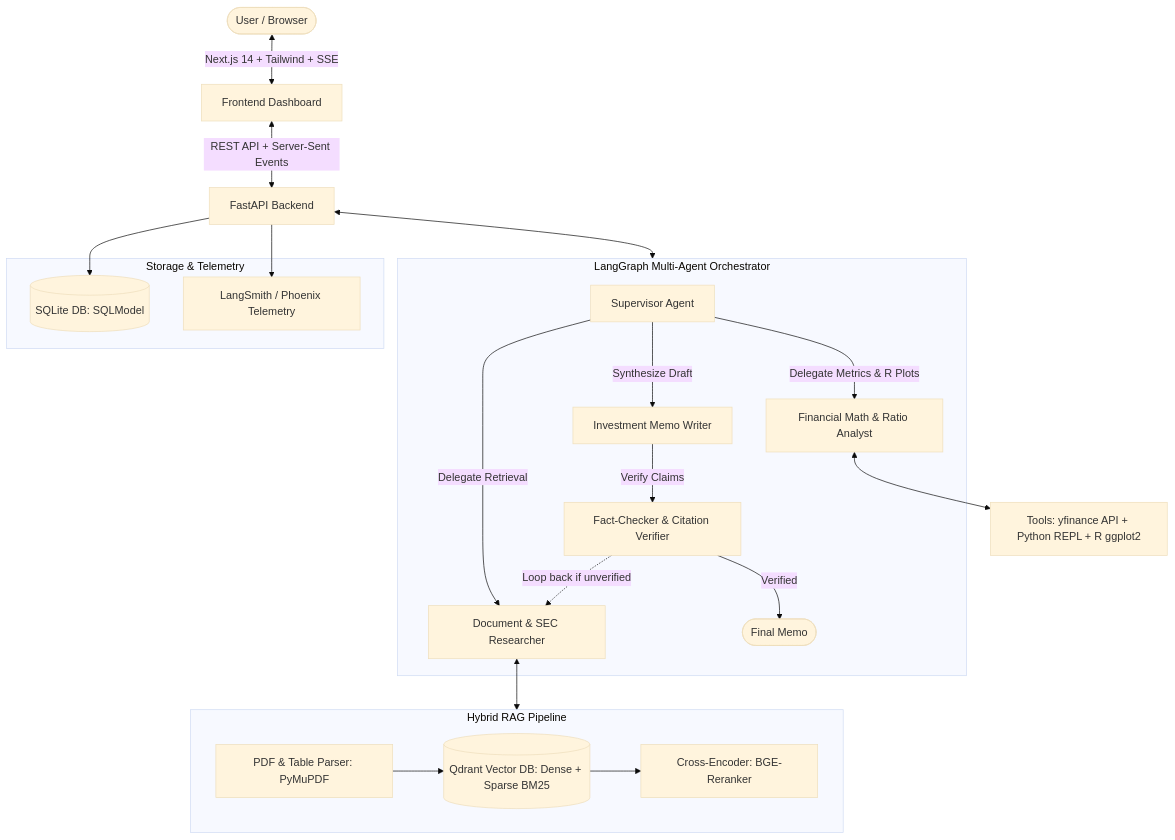
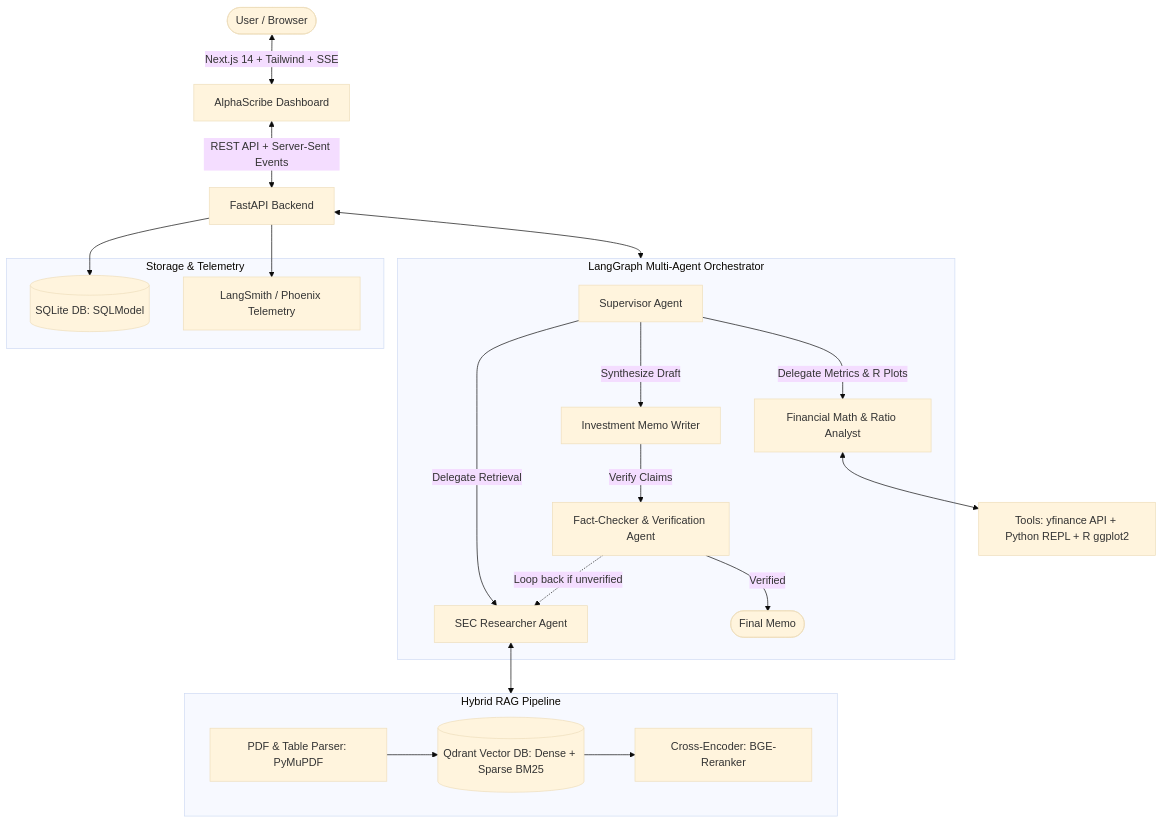
Before and after one commit to amilinenisrinath-lab/AlphaScribe-AI: the diagram in README.md, drawn with Mermaid (base theme). The commit also changed other lines of this file and 9 other files, not shown here.

Commit message:
Rebrand project to AlphaScribe AI across documentation, backend configs, and frontend

````diff
--- a/README.md
+++ b/README.md
@@ -16,40 +16,40 @@
 ```mermaid
 flowchart TD
-    User([User / Browser]) <-->|Next.js 14 + Tailwind + SSE| UI[Frontend Dashboard]
+    User([User / Browser]) <-->|Next.js 14 + Tailwind + SSE| UI[AlphaScribe Dashboard]
     UI <-->|REST API + Server-Sent Events| Backend[FastAPI Backend]
     
     subgraph MultiAgentEngine [LangGraph Multi-Agent Orchestrator]
         Supervisor[Supervisor Agent]
-        Researcher[Document & SEC Researcher]
+        Researcher[SEC Researcher Agent]
         Analyst[Financial Math & Ratio Analyst]
-        FactChecker[Fact-Checker & Citation Verifier]
+        FactChecker[Fact-Checker & Verification Agent]
         Writer[Investment Memo Writer]
         
         Supervisor -->|Delegate Retrieval| Researcher
         Supervisor -->|Delegate Metrics & R Plots| Analyst
         Supervisor -->|Synthesize Draft| Writer
         Writer -->|Verify Claims| FactChecker
         FactChecker -.->|Loop back if unverified| Researcher
         FactChecker -->|Verified| Complete([Final Memo])
     end
     
     Backend <--> MultiAgentEngine
     
     subgraph RetrievalLayer [Hybrid RAG Pipeline]
         DocParser[PDF & Table Parser: PyMuPDF]
         VectorDB[(Qdrant Vector DB: Dense + Sparse BM25)]
         Reranker[Cross-Encoder: BGE-Reranker]
         DocParser --> VectorDB --> Reranker
     end
     
     Researcher <--> RetrievalLayer
     Analyst <--> Tools[Tools: yfinance API + Python REPL + R ggplot2]
     
     subgraph Persistence [Storage & Telemetry]
         AppDB[(SQLite DB: SQLModel)]
         Tracing[LangSmith / Phoenix Telemetry]
     end
     
     Backend --> AppDB
     Backend --> Tracing
 ```
````
